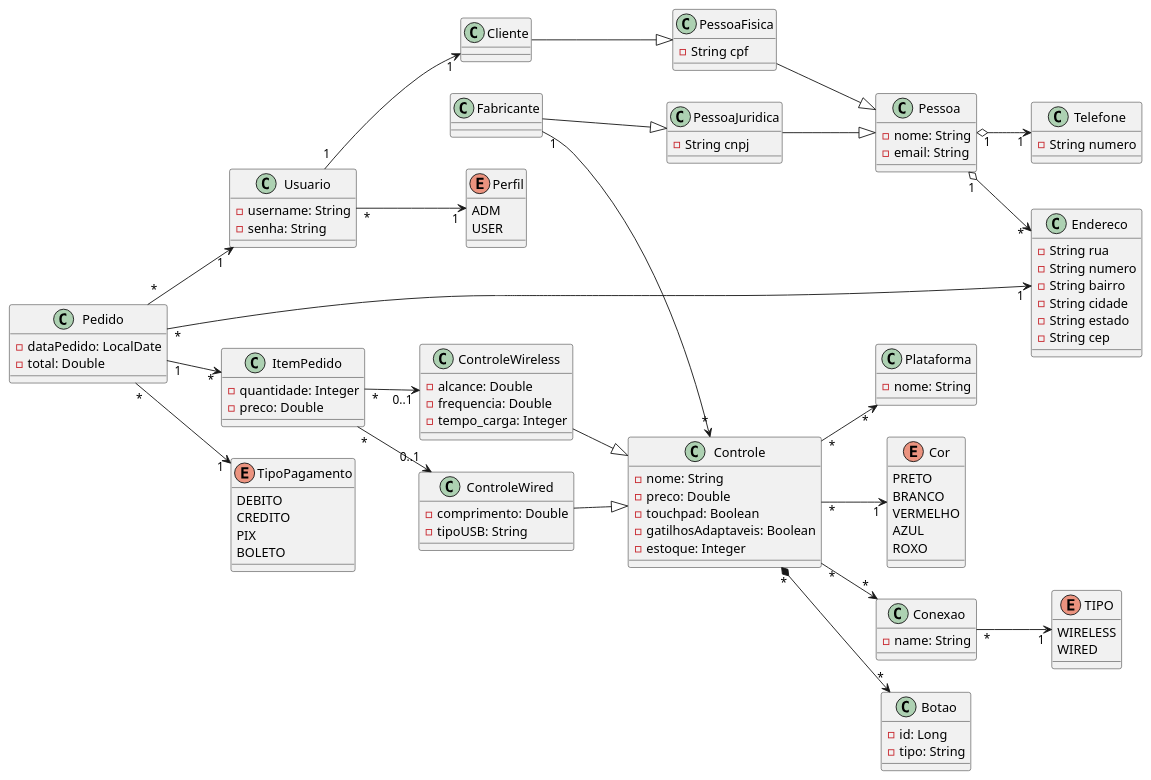
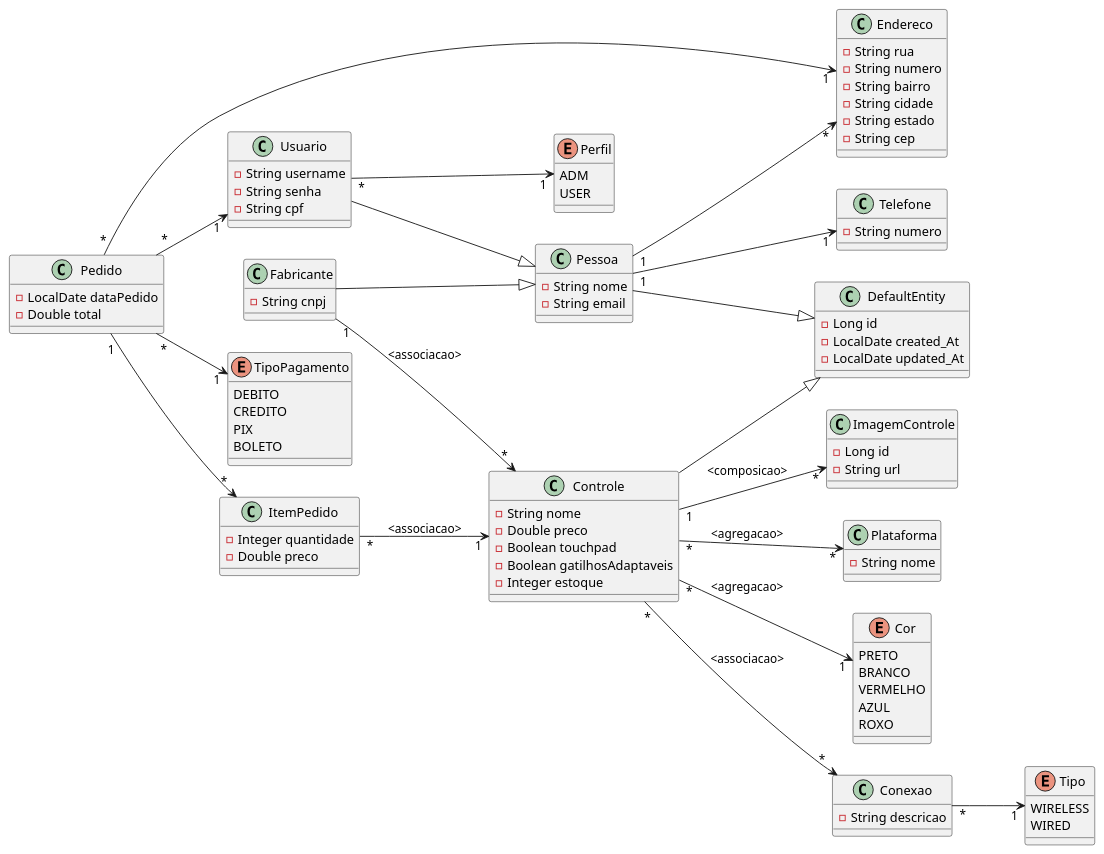
The diagram in src/main/java/main/diagrama.plantuml (Brunosno/TP1-A1), drawn with PlantUML before and after one commit. The commit also changed 33 other files, not shown here.

```diff
--- a/src/main/java/main/diagrama.plantuml
+++ b/src/main/java/main/diagrama.plantuml
@@ -1,139 +1,120 @@
 @startuml
 
 left to right direction
 
-class Pessoa {
-  - nome: String
-  - email: String 
+class DefaultEntity {
+  - Long id
+  - LocalDate created_At
+  - LocalDate updated_At
 }
 
-class PessoaFisica {
+class Pessoa{
+  - String nome
+  - String email 
+}
+
+class Usuario {
+  - String username
+  - String senha
   - String cpf
 }
 
-class PessoaJuridica {
+class Fabricante {
   - String cnpj
 }
-
-class Cliente {}
 
 class Endereco {
   - String rua
   - String numero
   - String bairro
   - String cidade
   - String estado
   - String cep
 }
 
 class Telefone {
   - String numero
 }
 
 class Controle{
-  - nome: String
-  - preco: Double
-  - touchpad: Boolean
-  - gatilhosAdaptaveis: Boolean
-  - estoque: Integer
+  - String nome
+  - Double preco
+  - Boolean touchpad
+  - Boolean gatilhosAdaptaveis
+  - Integer estoque
 }
 
-class ControleWireless{
-  - alcance: Double
-  - frequencia: Double
-  - tempo_carga: Integer
-}
-
-class ControleWired{
-  - comprimento: Double
-  - tipoUSB: String
-}
-
-class Conexao{
-  - name: String
-}
-
-enum TIPO{
-  WIRELESS
-  WIRED
-}
-
-class Botao {
-  - id: Long
-  - tipo: String
-}
-
-class Fabricante {
-
+class ImagemControle {
+  - Long id
+  - String url
 }
 
 class Plataforma {
-  - nome: String
+  - String nome
 }
 
 enum Cor {
   PRETO
   BRANCO
   VERMELHO
   AZUL
   ROXO
 }
 
 class Pedido {
-  - dataPedido: LocalDate 
-  - total: Double 
+  - LocalDate dataPedido
+  - Double total 
 }
 
 class ItemPedido {
-  - quantidade: Integer
-  - preco: Double
+  - Integer quantidade
+  - Double preco
 }
 
+class Conexao {
+  - String descricao
+}
 
-class Usuario {
-  - username: String 
-  - senha: String
+enum Tipo{
+  WIRELESS
+  WIRED
 }
 
 enum Perfil {
   ADM
   USER
 }
 
 enum TipoPagamento{
   DEBITO
   CREDITO
   PIX
   BOLETO
 }
 
 
 ' Heranças
-PessoaFisica --|> Pessoa
-PessoaJuridica --|> Pessoa
-Cliente --|> PessoaFisica
-Fabricante --|> PessoaJuridica
-ControleWireless --|> Controle
-ControleWired --|> Controle
+Pessoa --|> DefaultEntity
+Usuario --|> Pessoa
+Fabricante --|> Pessoa
+Controle --|> DefaultEntity
 
 ' Relacionamentos
-Pessoa "1" o--> "1" Telefone
-Pessoa "1" o--> "*" Endereco
-Fabricante "1" --> "*" Controle
-Controle "*" --> "*" Plataforma
-Controle "*" *--> "*" Botao 
+Pessoa "1" --> "1" Telefone
+Pessoa "1" --> "*" Endereco
+Fabricante "1" --> "*" Controle : <associacao>
+Controle "*" --> "*" Plataforma : <agregacao>
+Controle "1" --> "*" ImagemControle : <composicao>
 Pedido "1" --> "*" ItemPedido 
-ItemPedido "*" --> "0..1" ControleWireless
-ItemPedido "*" --> "0..1" ControleWired
+ItemPedido "*" --> "1" Controle : <associacao>
 Pedido "*" --> "1" Usuario
 Pedido "*" --> "1" Endereco
-Usuario "1" --> "1" Cliente
-Conexao "*" --> "1" TIPO 
+Controle "*" --> "*" Conexao : <associacao>
 
 ' Enums
-Controle "*" --> "1" Cor
-Controle "*" --> "*" Conexao
+Controle "*" --> "1" Cor : <agregacao>
+Conexao "*" --> "1" Tipo
 Usuario "*" --> "1" Perfil
 Pedido "*" --> "1" TipoPagamento
 
 @enduml
```
